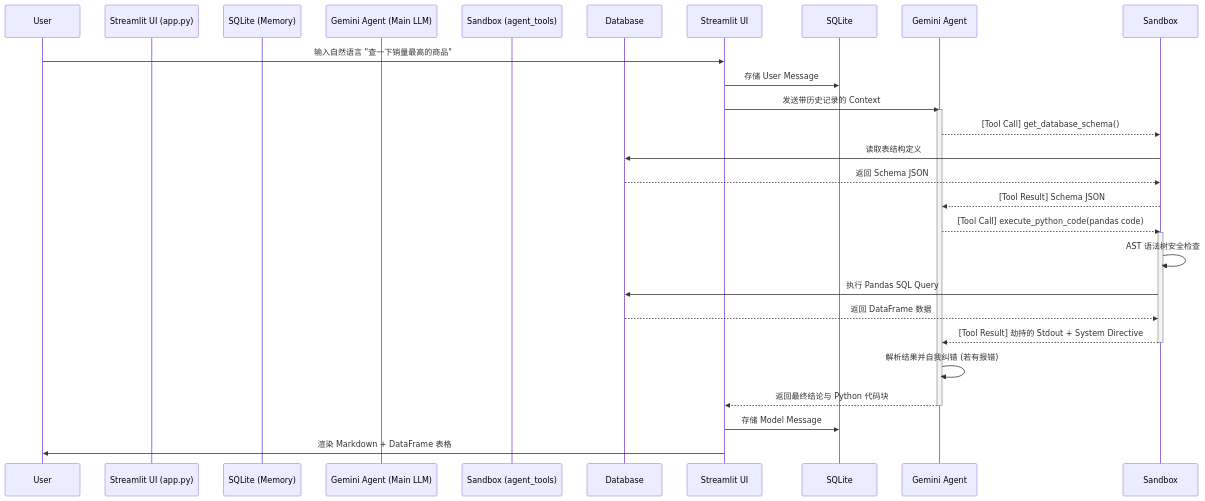
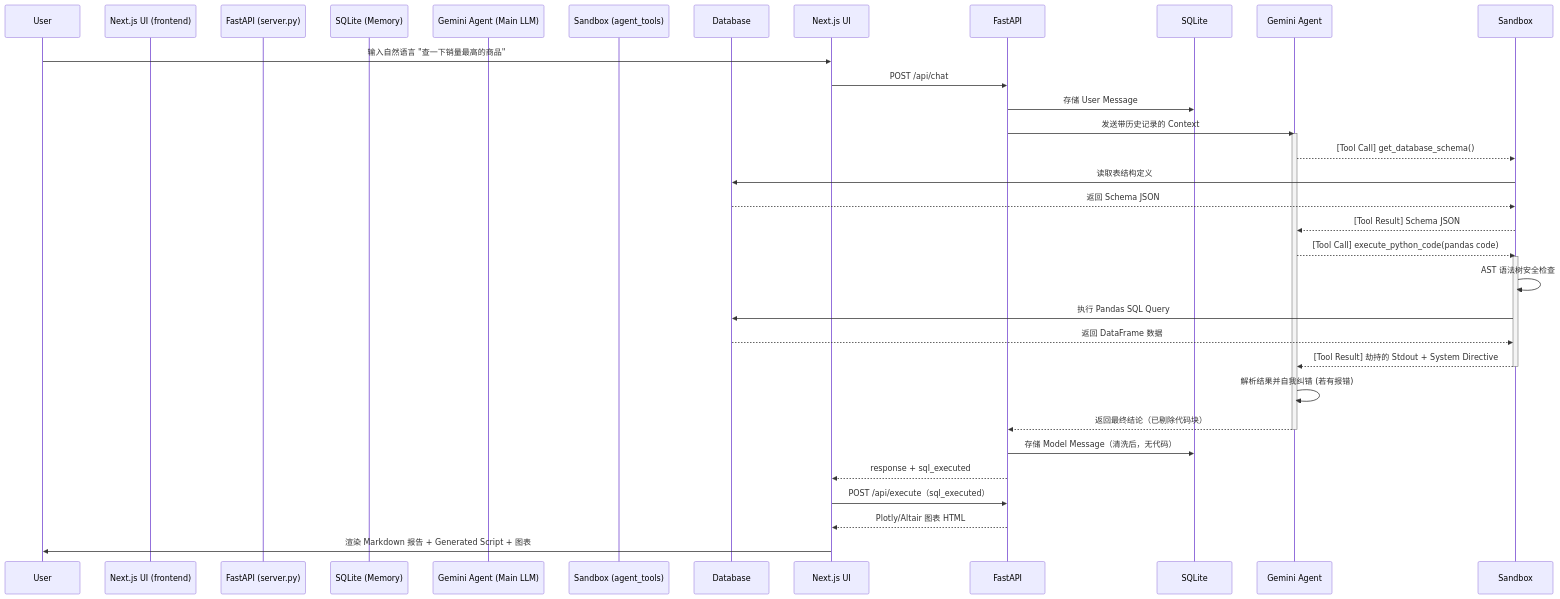
Before and after one commit to LykenL/NL2SQL-Agent: the first of 2 diagrams in docs/system_architecture.md, drawn with Mermaid. The commit also changed other lines of this file and 13 other files, not shown here.

First line of the commit message:
feat: keep chat code-free and retire the Streamlit frontend

````diff
--- a/docs/system_architecture.md
+++ b/docs/system_architecture.md
@@ -26,34 +26,39 @@
 ```mermaid
 sequenceDiagram
     participant User
-    participant Streamlit UI (app.py)
+    participant Next.js UI (frontend)
+    participant FastAPI (server.py)
     participant SQLite (Memory)
     participant Gemini Agent (Main LLM)
     participant Sandbox (agent_tools)
     participant Database
 
-    User->>Streamlit UI: 输入自然语言 "查一下销量最高的商品"
-    Streamlit UI->>SQLite: 存储 User Message
-    Streamlit UI->>Gemini Agent: 发送带历史记录的 Context
+    User->>Next.js UI: 输入自然语言 "查一下销量最高的商品"
+    Next.js UI->>FastAPI: POST /api/chat
+    FastAPI->>SQLite: 存储 User Message
+    FastAPI->>Gemini Agent: 发送带历史记录的 Context
     
     activate Gemini Agent
     Gemini Agent-->>Sandbox: [Tool Call] get_database_schema()
     Sandbox->>Database: 读取表结构定义
     Database-->>Sandbox: 返回 Schema JSON
     Sandbox-->>Gemini Agent: [Tool Result] Schema JSON
     
     Gemini Agent-->>Sandbox: [Tool Call] execute_python_code(pandas code)
     activate Sandbox
     Sandbox->>Sandbox: AST 语法树安全检查
     Sandbox->>Database: 执行 Pandas SQL Query
     Database-->>Sandbox: 返回 DataFrame 数据
     Sandbox-->>Gemini Agent: [Tool Result] 劫持的 Stdout + System Directive
     deactivate Sandbox
     
     Gemini Agent->>Gemini Agent: 解析结果并自我纠错 (若有报错)
-    Gemini Agent-->>Streamlit UI: 返回最终结论与 Python 代码块
+    Gemini Agent-->>FastAPI: 返回最终结论（已剔除代码块）
     deactivate Gemini Agent
     
-    Streamlit UI->>SQLite: 存储 Model Message
-    Streamlit UI->>User: 渲染 Markdown + DataFrame 表格
+    FastAPI->>SQLite: 存储 Model Message（清洗后，无代码）
+    FastAPI-->>Next.js UI: response + sql_executed
+    Next.js UI->>FastAPI: POST /api/execute（sql_executed）
+    FastAPI-->>Next.js UI: Plotly/Altair 图表 HTML
+    Next.js UI->>User: 渲染 Markdown 报告 + Generated Script + 图表
 ```
````
